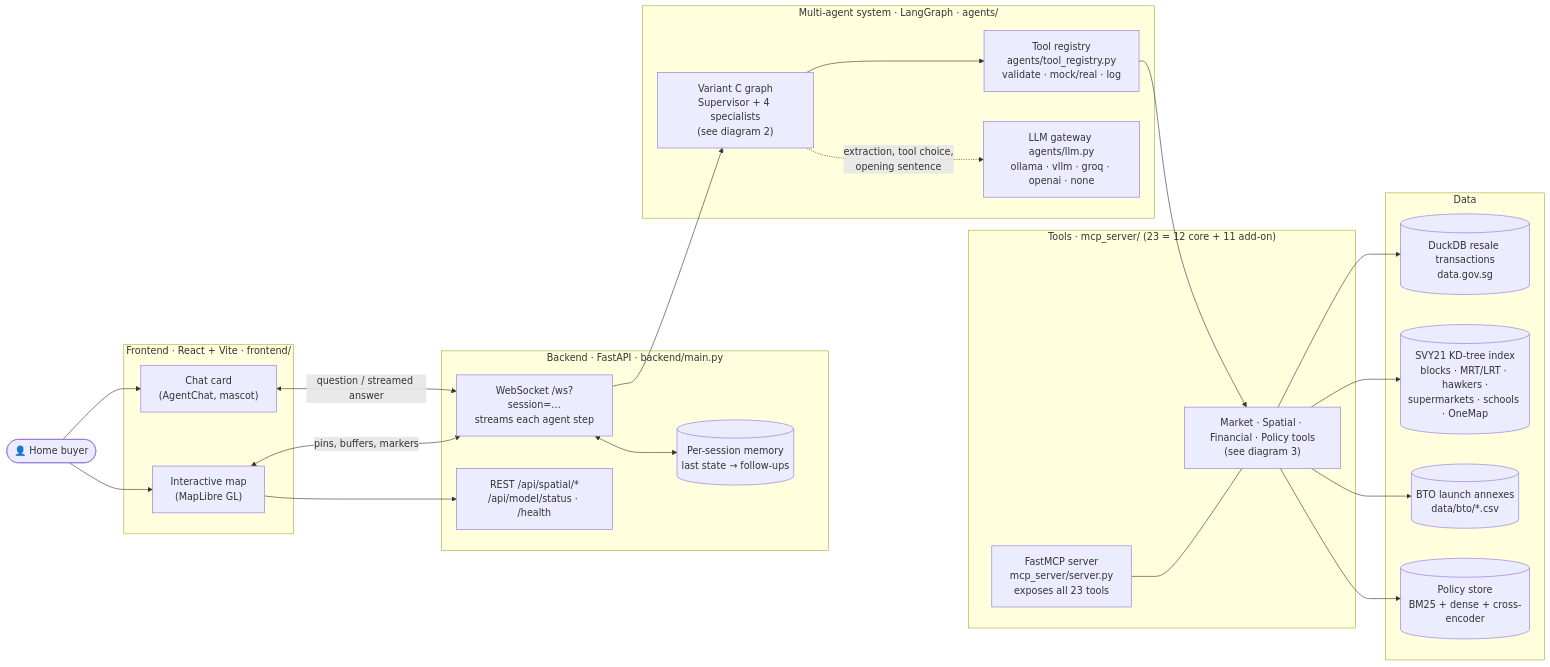
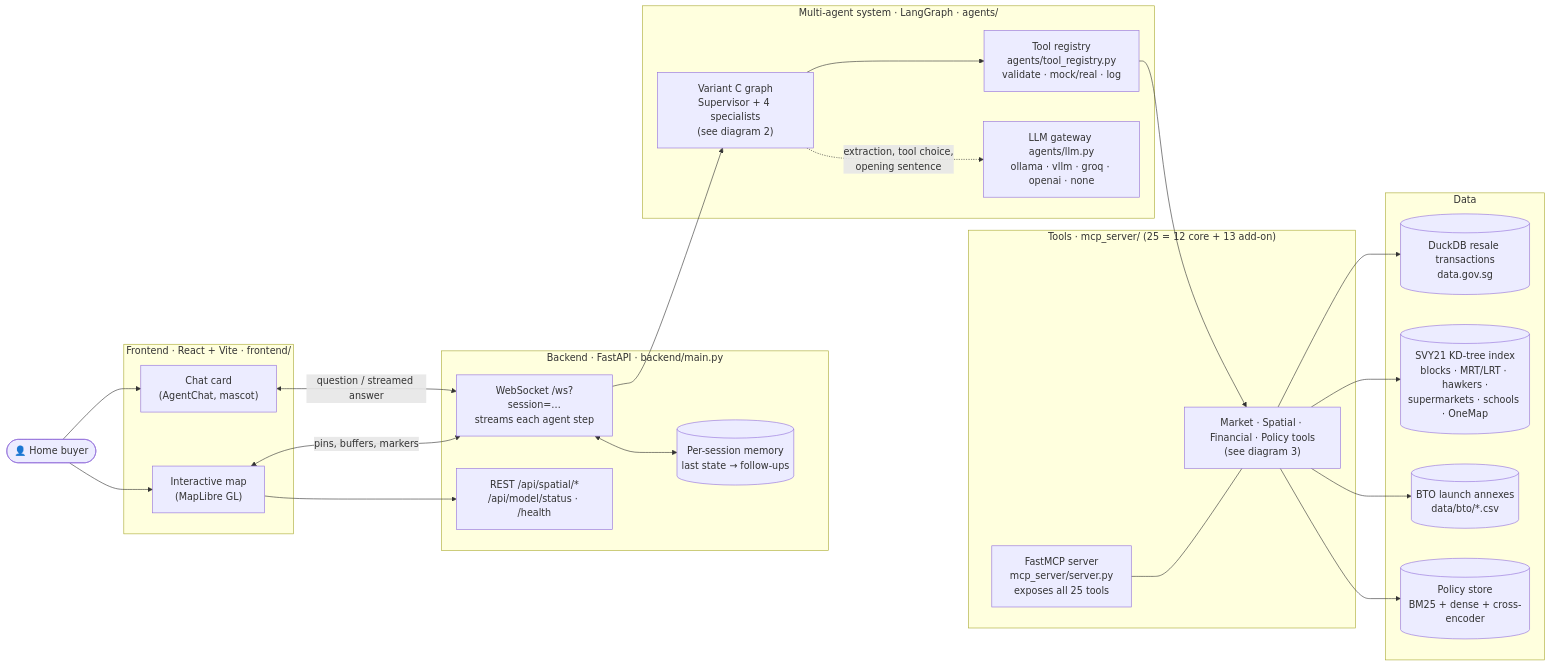
The first of 3 diagrams in README.md (fcyap/HDB-Compass), drawn with Mermaid before and after one commit. The commit also changed other lines of this file and 1 other file, not shown here.

Commit message:
docs: broad-question analysis tools, rule shapes, analysis mode and drill-down (INTERFACES §11, README)

````diff
--- a/README.md
+++ b/README.md
@@ -19,48 +19,48 @@
 ```mermaid
 flowchart LR
     User(["👤 Home buyer"])
 
     subgraph FE["Frontend · React + Vite · frontend/"]
         Chat["Chat card<br/>(AgentChat, mascot)"]
         Map["Interactive map<br/>(MapLibre GL)"]
     end
 
     subgraph BE["Backend · FastAPI · backend/main.py"]
         WS["WebSocket /ws?session=…<br/>streams each agent step"]
         Sessions[("Per-session memory<br/>last state → follow-ups")]
         REST["REST /api/spatial/*<br/>/api/model/status · /health"]
     end
 
     subgraph AG["Multi-agent system · LangGraph · agents/"]
         AGraph["Variant C graph<br/>Supervisor + 4 specialists<br/>(see diagram 2)"]
         Registry["Tool registry<br/>agents/tool_registry.py<br/>validate · mock/real · log"]
         LLM["LLM gateway agents/llm.py<br/>ollama · vllm · groq · openai · none"]
     end
 
-    subgraph TOOLS["Tools · mcp_server/ (23 = 12 core + 11 add-on)"]
-        MCP["FastMCP server<br/>mcp_server/server.py<br/>exposes all 23 tools"]
+    subgraph TOOLS["Tools · mcp_server/ (25 = 12 core + 13 add-on)"]
+        MCP["FastMCP server<br/>mcp_server/server.py<br/>exposes all 25 tools"]
         T["Market · Spatial · Financial · Policy tools<br/>(see diagram 3)"]
     end
 
     subgraph DATA["Data"]
         Duck[("DuckDB resale transactions<br/>data.gov.sg")]
         Spatial[("SVY21 KD-tree index<br/>blocks · MRT/LRT · hawkers ·<br/>supermarkets · schools · OneMap")]
         BTO[("BTO launch annexes<br/>data/bto/*.csv")]
         Policy[("Policy store<br/>BM25 + dense + cross-encoder")]
     end
 
     User --> Chat
     User --> Map
     Chat <-->|"question / streamed answer"| WS
     Map <-->|"pins, buffers, markers"| WS
     Map --> REST
     WS <--> Sessions
     WS --> AGraph
     AGraph --> Registry --> T
     AGraph -.->|"extraction, tool choice,<br/>opening sentence"| LLM
     MCP --- T
     T --> Duck
     T --> Spatial
     T --> BTO
     T --> Policy
 ```
````
